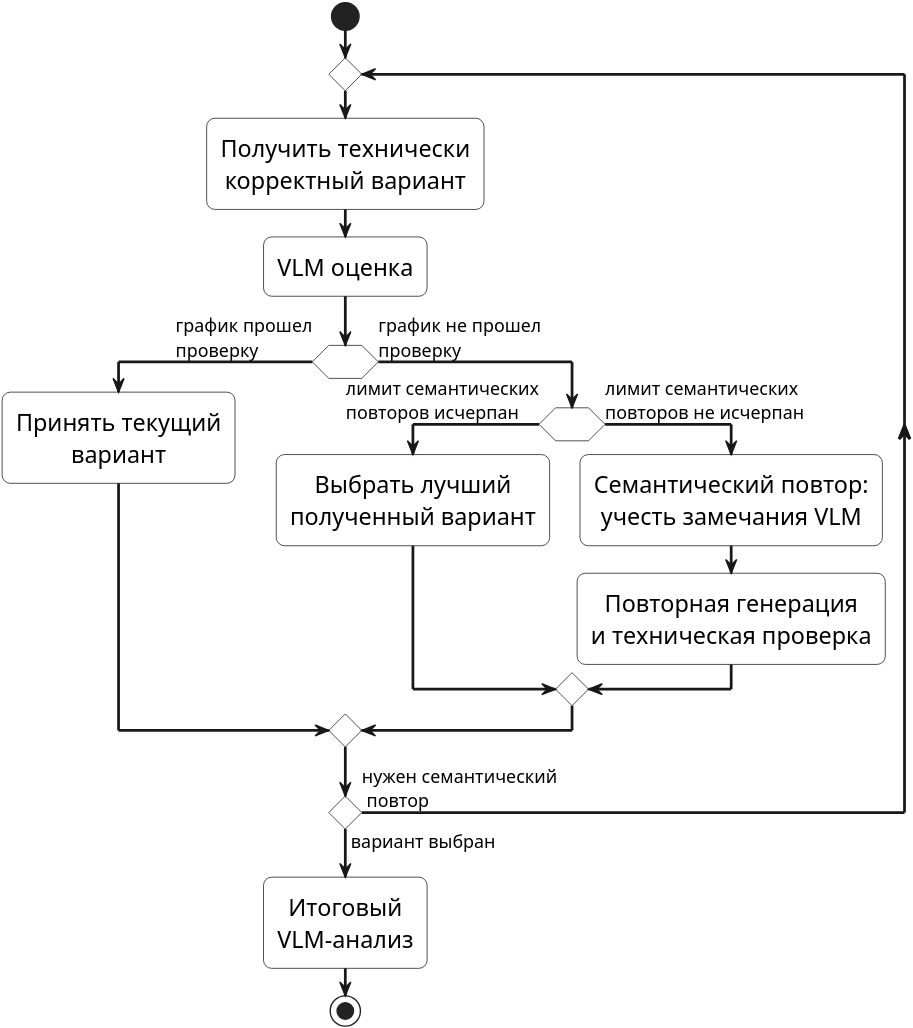
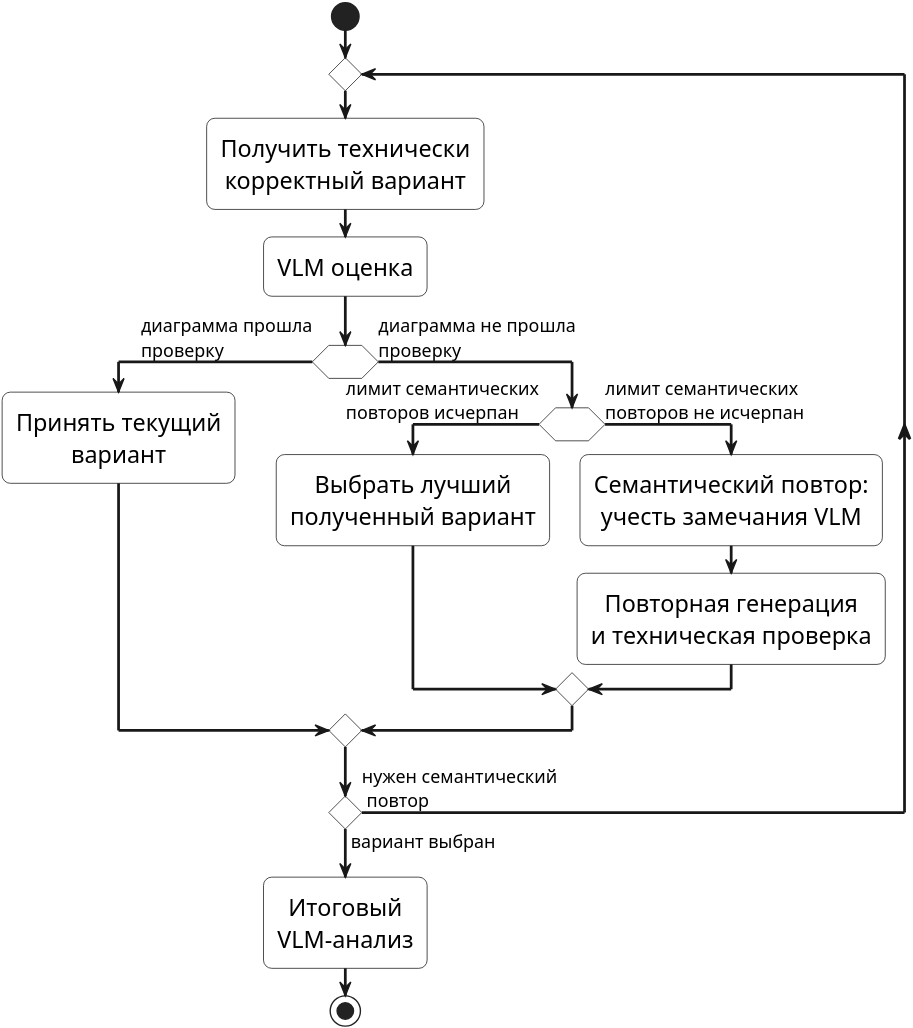
Before and after one commit to shnikita-cr/ViRAGE: the diagram in research/architecture/tex/cycles/semantic_cycle.puml, drawn with PlantUML. The commit also changed 15 other files, not shown here.

Commit message:
update uml

```diff
--- a/research/architecture/tex/cycles/semantic_cycle.puml
+++ b/research/architecture/tex/cycles/semantic_cycle.puml
@@ -1,62 +1,62 @@
 @startuml
 skinparam shadowing false
 skinparam monochrome true
 skinparam roundcorner 12
 skinparam defaultFontName "Times New Roman"
 skinparam defaultFontSize 17
 skinparam ArrowFontSize 13
 skinparam ArrowThickness 2
 skinparam linetype ortho
 skinparam dpi 600
 
 skinparam activity {
 BorderColor black
 BackgroundColor white
 }
 
 <style>
 activityDiagram {
 activity {
 HorizontalAlignment center
 }
 
 diamond {
 HorizontalAlignment center
 }
 }
 </style>
 
 skinparam diamond {
 BorderColor black
 BackgroundColor white
 }
 
 start
 
 repeat
 
 :Получить технически\nкорректный вариант;
 :VLM оценка;
 
-if ( ) then (график прошел\nпроверку)
+if ( ) then (диаграмма прошла\nпроверку)
 
 :Принять текущий\nвариант;
 
-else (график не прошел\nпроверку)
+else (диаграмма не прошла\nпроверку)
 
 if ( ) then (лимит семантических\nповторов исчерпан)
 :Выбрать лучший\nполученный вариант;
 else (лимит семантических\nповторов не исчерпан)
 :Семантический повтор:\nучесть замечания VLM;
 :Повторная генерация\nи техническая проверка;
 endif
 
 endif
 
 repeat while ( ) is (нужен семантический\n повтор) not (вариант выбран)
 
 :Итоговый\nVLM-анализ;
 
 stop
 
 @enduml
```
